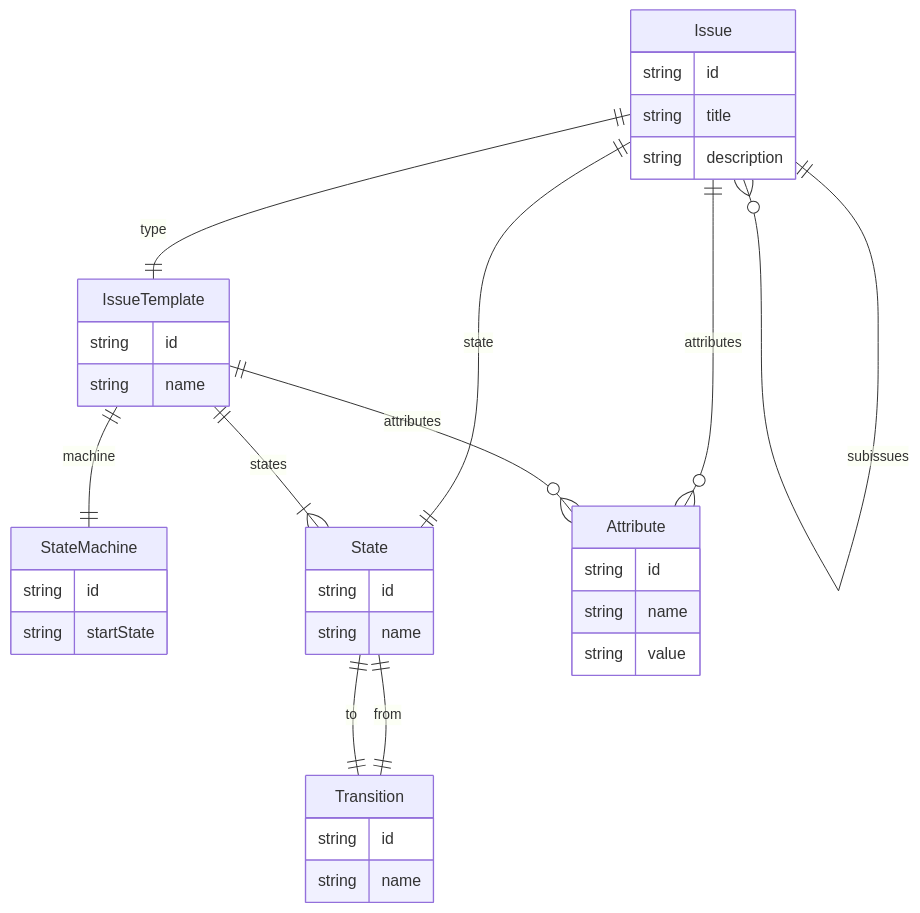
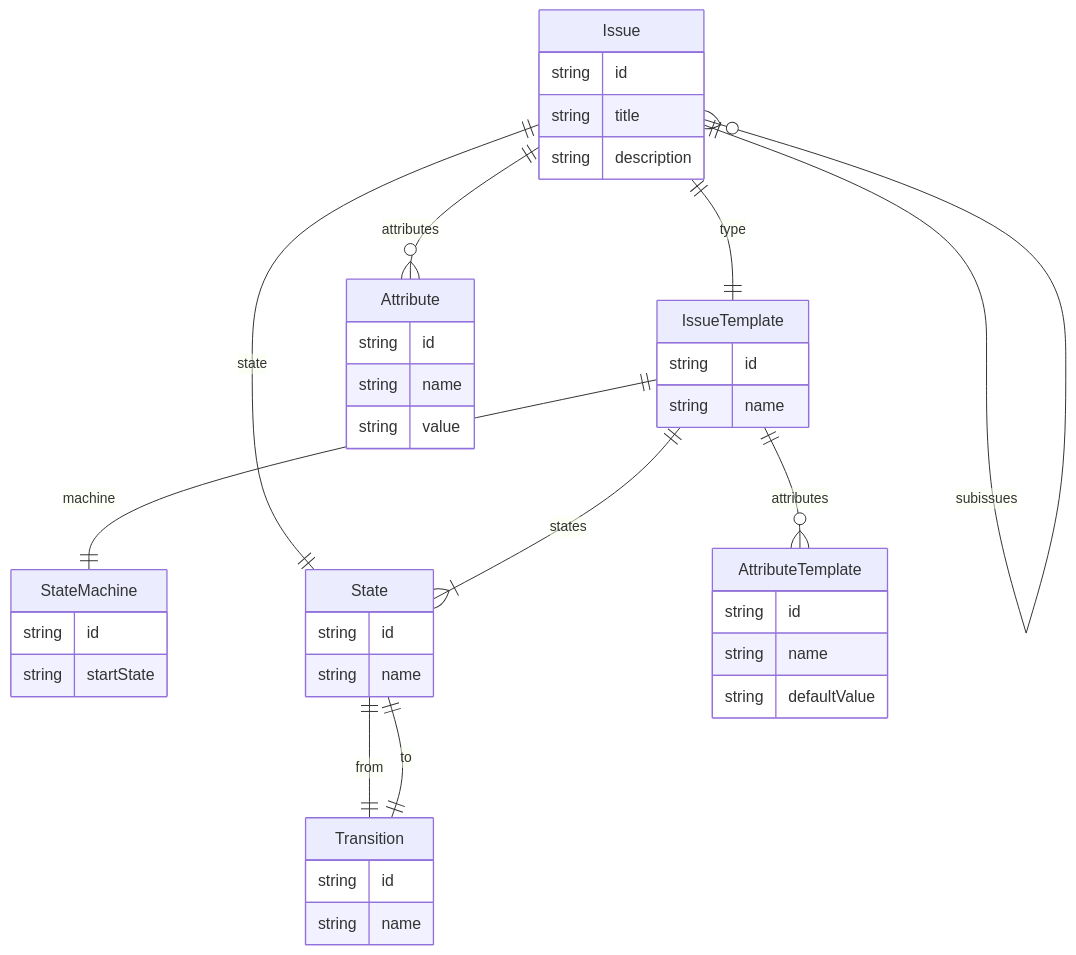
One commit to dnulnets/jjanus changed the second of 2 diagrams in system_design/information_model.md. Above: the diagram before and after it, drawn with Mermaid.

Commit message:
Updated information model

````diff
--- a/system_design/information_model.md
+++ b/system_design/information_model.md
@@ -25,38 +25,43 @@
 ```mermaid
 erDiagram
     Issue {
         string id
         string title
         string description
     }
     IssueTemplate {
         string id
         string name
     }
     StateMachine {
         string id
         string startState
     }
     State {
         string id
         string name
     }
     Transition {
         string id
         string name
     }
     Attribute {
         string id
         string name
         string value
     }
+    AttributeTemplate {
+        string id
+        string name
+        string defaultValue
+    }    
     Issue ||--o{ Issue: "subissues"
     Issue ||--o{ Attribute : "attributes"
     Issue ||--|| State : "state"
     Issue ||--|| IssueTemplate : "type"
     IssueTemplate ||--|| StateMachine : "machine"
     IssueTemplate ||--|{ State : "states"
-    IssueTemplate ||--o{ Attribute : "attributes"
+    IssueTemplate ||--o{ AttributeTemplate : "attributes"
     State ||--|| Transition : "from"
     Transition ||--|| State : "to"
 ```
````
